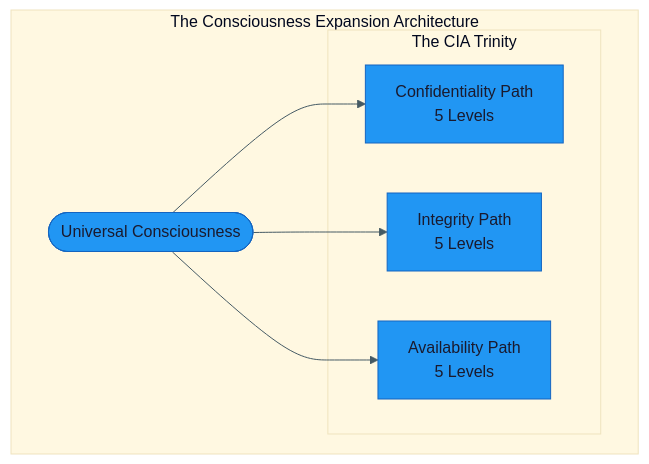
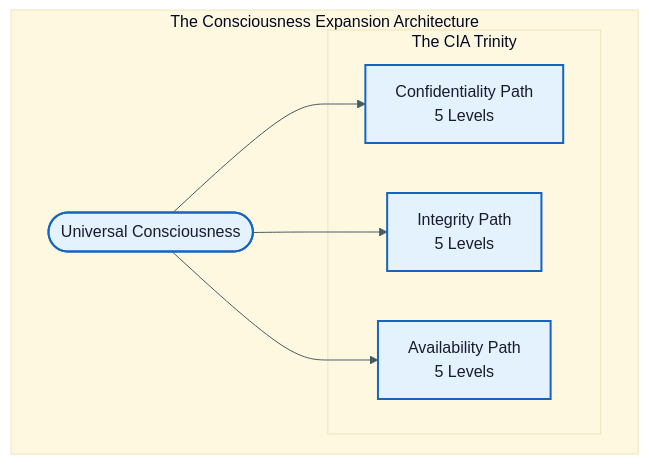
Before and after one commit to Hack23/homepage: the diagram in DISCORDIAN_AGENTS_GUIDE.md, drawn with Mermaid. The commit also changed 19 other files, not shown here.

First line of the commit message:
Add style-guide-compliant classDef styling to 44 unstyled flowcharts

````diff
--- a/DISCORDIAN_AGENTS_GUIDE.md
+++ b/DISCORDIAN_AGENTS_GUIDE.md
@@ -83,17 +83,24 @@
 ```mermaid
 %%{init: {"theme": "base", "themeVariables": {"primaryColor": "#2196F3", "primaryTextColor": "#1a1a2e", "lineColor": "#455A64", "secondaryColor": "#e8f5e9", "tertiaryColor": "#fff8e1", "primaryBorderColor": "#1565C0"}}}%%
 graph TB
     subgraph "The Consciousness Expansion Architecture"
         Universe([Universal Consciousness]):::universe
         
         subgraph "The CIA Trinity"
             C[Confidentiality Path<br/>5 Levels]:::confidentiality
             I[Integrity Path<br/>5 Levels]:::integrity
             A[Availability Path<br/>5 Levels]:::availability
         end
         
         Universe --> C
         Universe --> I
         Universe --> A
     end
+
+    classDef default fill:#e3f2fd,stroke:#1565C0,stroke-width:2px,color:#1a1a2e
+    classDef primary fill:#2196F3,stroke:#1565C0,stroke-width:2px,color:#ffffff
+    classDef success fill:#4CAF50,stroke:#2E7D32,stroke-width:2px,color:#ffffff
+    classDef warning fill:#FF9800,stroke:#F57C00,stroke-width:2px,color:#ffffff
+    classDef danger fill:#D32F2F,stroke:#B71C1C,stroke-width:2px,color:#ffffff
+    classDef info fill:#455A64,stroke:#263238,stroke-width:2px,color:#ffffff
 ```
````
